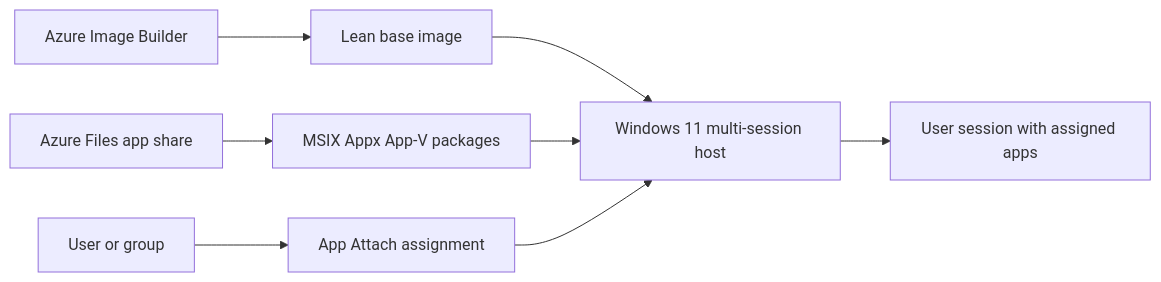
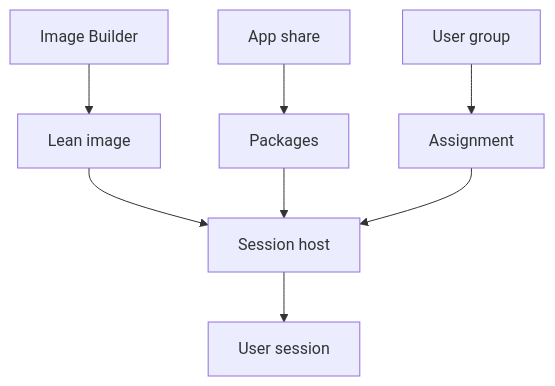
One commit to marckean/AVD-Reference_Architecture changed the second of 3 diagrams in docs/app-attach/index.md. Above: the diagram before and after it, drawn with Mermaid. The commit also changed other lines of this file and 125 other files, not shown here.

````diff
--- a/docs/app-attach/index.md
+++ b/docs/app-attach/index.md
@@ -38,10 +59,10 @@
 ```mermaid
-flowchart LR
-    A["Azure Image Builder"] --> B["Lean base image"]
-    B --> C["Windows 11 multi-session host"]
-    D["Azure Files app share"] --> E["MSIX Appx App-V packages"]
+flowchart TB
+    A["Image Builder"] --> B["Lean image"]
+    B --> C["Session host"]
+    D["App share"] --> E["Packages"]
     E --> C
-    F["App Attach assignment"] --> C
-    G["User or group"] --> F
-    C --> H["User session with assigned apps"]
+    F["Assignment"] --> C
+    G["User group"] --> F
+    C --> H["User session"]
 ```
````
